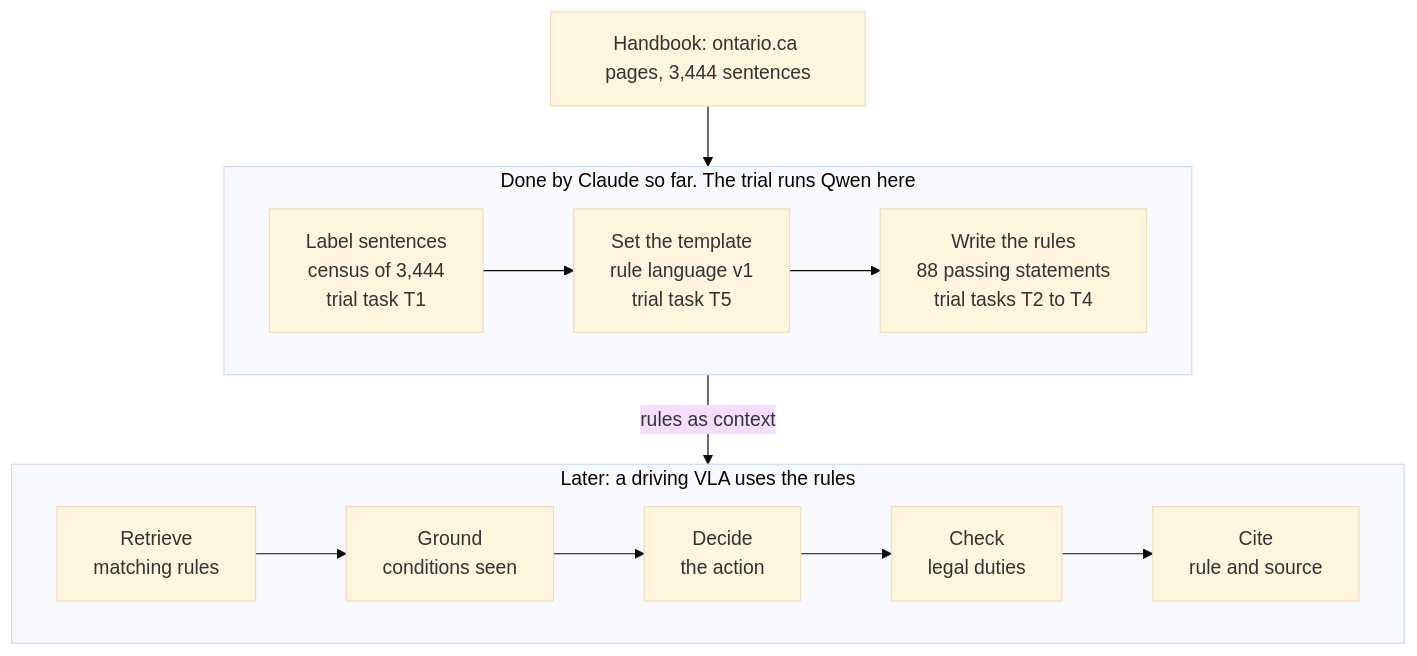
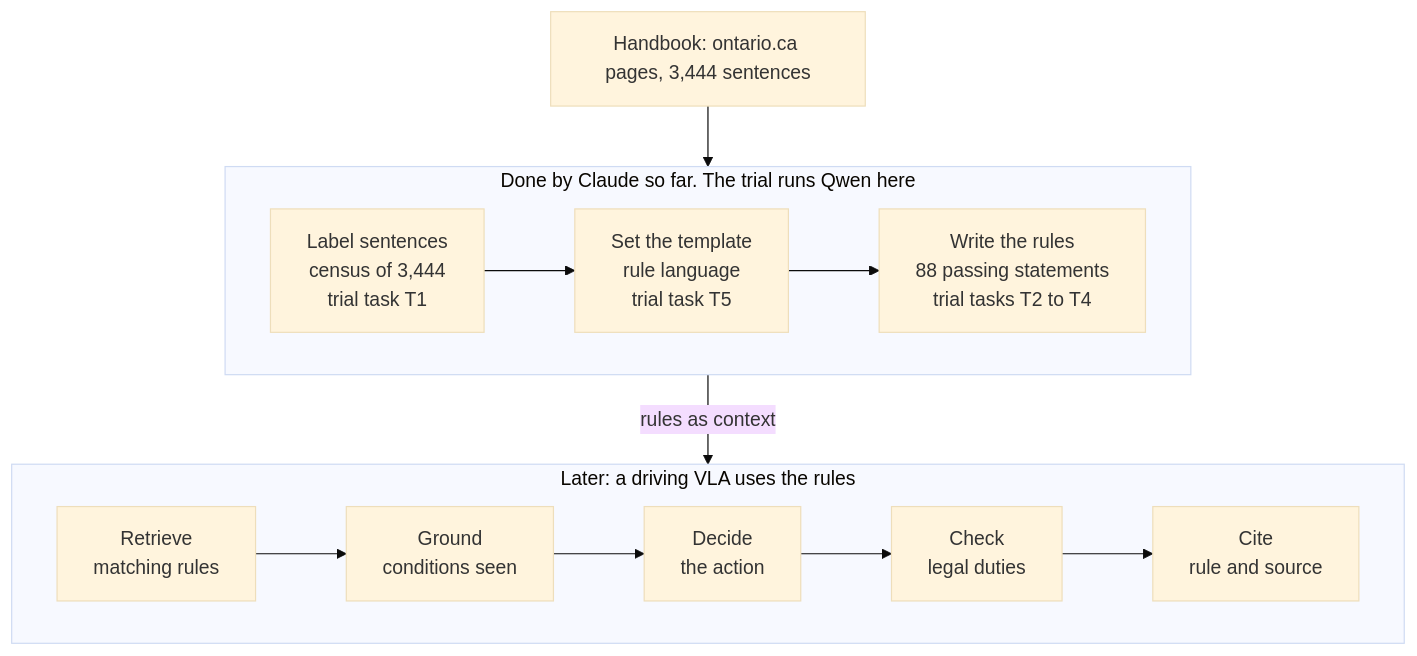
Before and after one commit to hennyg888/Drive-Rule-Extraction-Bench: the diagram in qwen-trial-handoff.md, drawn with Mermaid (base theme). The commit also changed other lines of this file and 105 other files, not shown here.

````diff
--- a/qwen-trial-handoff.md
+++ b/qwen-trial-handoff.md
@@ -39,14 +39,14 @@
 ```mermaid
 flowchart TB
   H["Handbook: ontario.ca pages, 3,444 sentences"]
   subgraph C["Done by Claude so far. The trial runs Qwen here"]
     direction LR
-    L["Label sentences<br/>census of 3,444<br/>trial task T1"] --> T["Set the template<br/>rule language v1<br/>trial task T5"] --> W["Write the rules<br/>88 passing statements<br/>trial tasks T2 to T4"]
+    L["Label sentences<br/>census of 3,444<br/>trial task T1"] --> T["Set the template<br/>rule language<br/>trial task T5"] --> W["Write the rules<br/>88 passing statements<br/>trial tasks T2 to T4"]
   end
   subgraph V["Later: a driving VLA uses the rules"]
     direction LR
     R["Retrieve<br/>matching rules"] --> G["Ground<br/>conditions seen"] --> D["Decide<br/>the action"] --> K["Check<br/>legal duties"] --> X["Cite<br/>rule and source"]
   end
   H --> C
   C -- "rules as context" --> V
 ```
````
